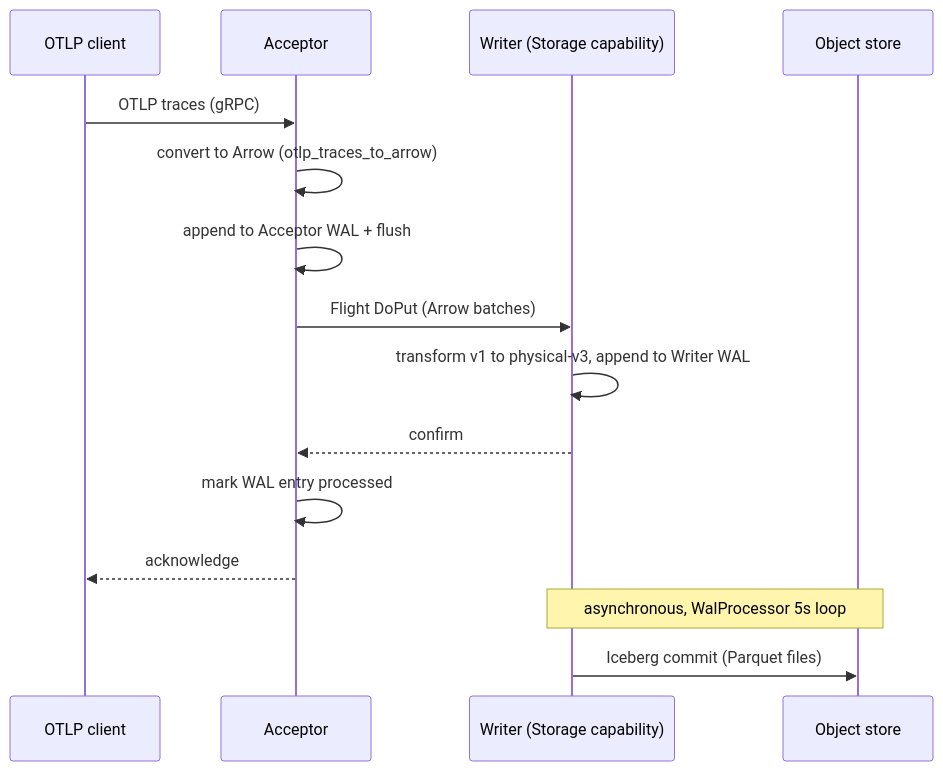
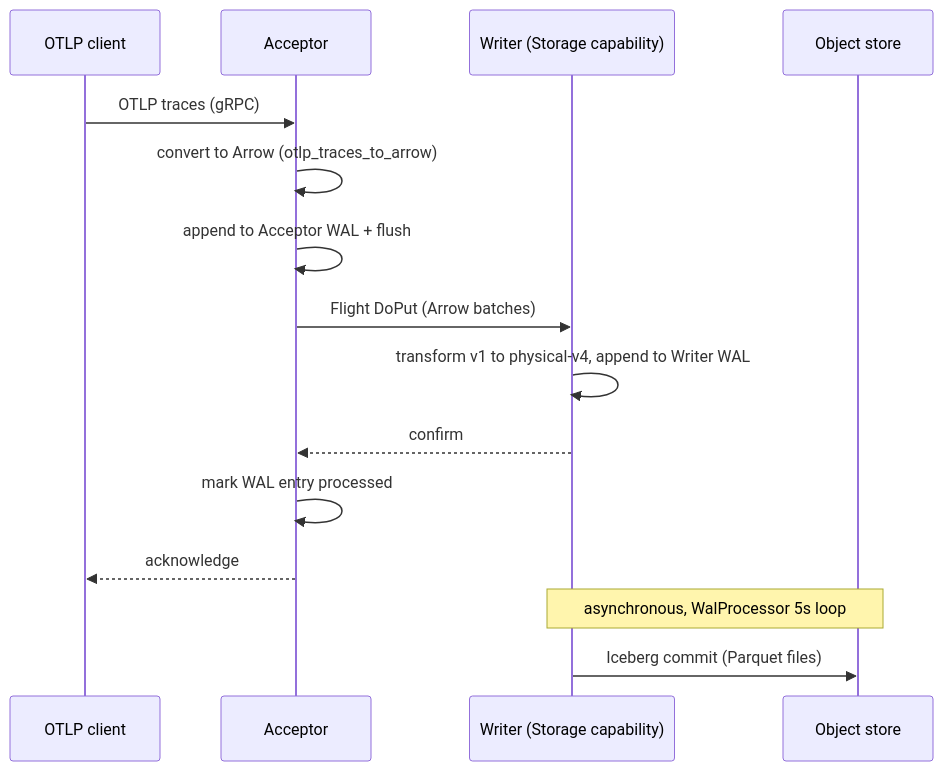
Before and after one commit to cedricziel/signaldb: the first of 2 diagrams in docs/architecture/flight-communication.md, drawn with Mermaid. The commit also changed other lines of this file and 9 other files, not shown here.

````diff
--- a/docs/architecture/flight-communication.md
+++ b/docs/architecture/flight-communication.md
@@ -294,18 +294,18 @@
 ```mermaid
 sequenceDiagram
     participant C as OTLP client
     participant A as Acceptor
     participant W as Writer (Storage capability)
     participant O as Object store
 
     C->>A: OTLP traces (gRPC)
     A->>A: convert to Arrow (otlp_traces_to_arrow)
     A->>A: append to Acceptor WAL + flush
     A->>W: Flight DoPut (Arrow batches)
-    W->>W: transform v1 to physical-v3, append to Writer WAL
+    W->>W: transform v1 to physical-v4, append to Writer WAL
     W-->>A: confirm
     A->>A: mark WAL entry processed
     A-->>C: acknowledge
     Note over W,O: asynchronous, WalProcessor 5s loop
     W->>O: Iceberg commit (Parquet files)
 ```
````
